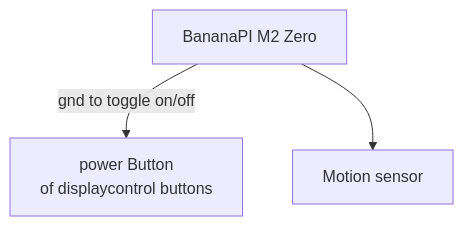
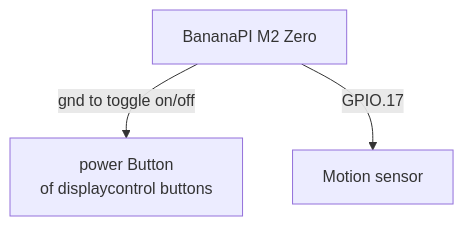
Before and after one commit to FelixWiemann/SmartMirror: the second of 2 diagrams in electric.md, drawn with Mermaid. The commit also changed 2 other files, not shown here.

Commit message:
gpio ports 2&3 pulldown can't be changed
due to sda / i2c needing them constant

````diff
--- a/electric.md
+++ b/electric.md
@@ -29,10 +29,10 @@
 ```mermaid
 graph TD;
     bpi[BananaPI M2 Zero]
     powerBtn[power Button\n of displaycontrol buttons]
     motionsensor[Motion sensor]
 
     bpi --gnd to toggle on/off-->powerBtn
-    bpi --> motionsensor
+    bpi --GPIO.17--> motionsensor
 
 ```
````
